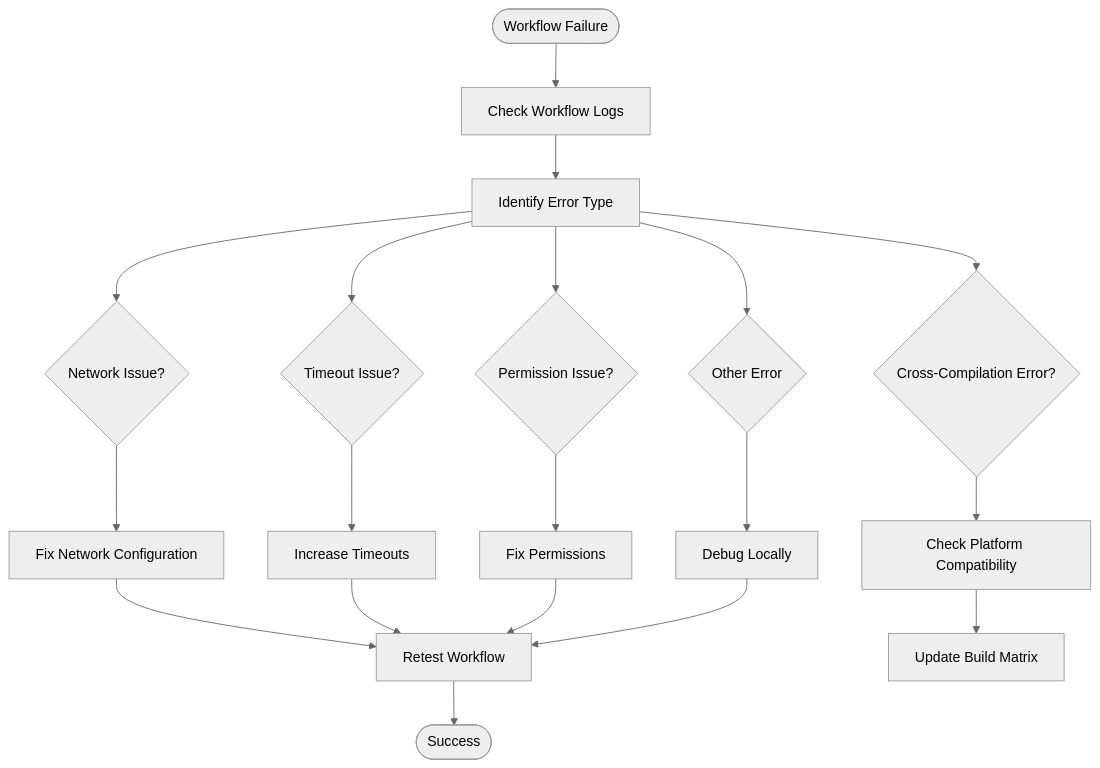
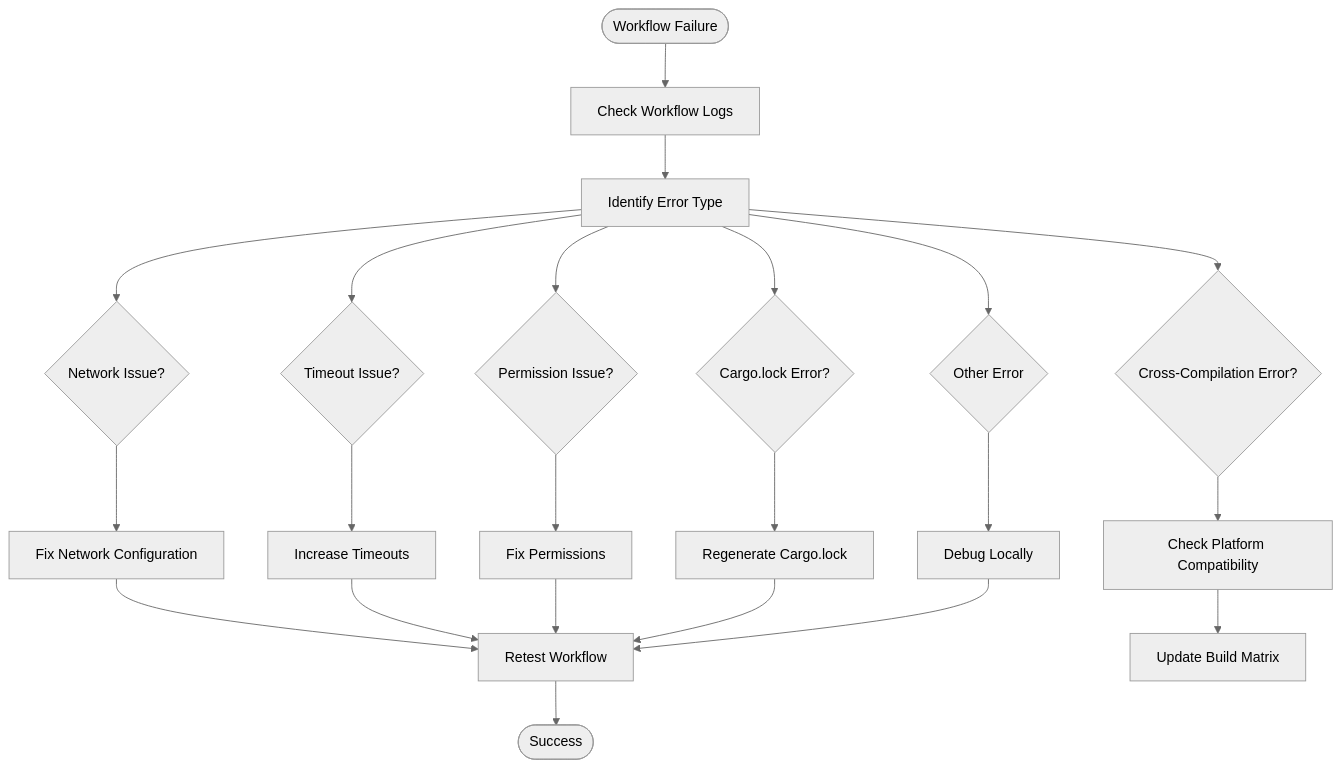
The sixth of 7 diagrams in .qoder/repowiki/en/content/CI_CD Integration.md (numan-cli/numan-plugins), drawn with Mermaid (neutral theme) before and after one commit. The commit also changed other lines of this file and 17 other files, not shown here.

````diff
--- a/.qoder/repowiki/en/content/CI_CD Integration.md
+++ b/.qoder/repowiki/en/content/CI_CD Integration.md
@@ -335,21 +355,24 @@
 ```mermaid
 flowchart TD
 Failure([Workflow Failure]) --> CheckLogs["Check Workflow Logs"]
 CheckLogs --> IdentifyError["Identify Error Type"]
 IdentifyError --> NetworkError{"Network Issue?"}
 IdentifyError --> TimeoutError{"Timeout Issue?"}
 IdentifyError --> PermissionError{"Permission Issue?"}
 IdentifyError --> CrossCompError{"Cross-Compilation Error?"}
+IdentifyError --> CargoError{"Cargo.lock Error?"}
 IdentifyError --> OtherError{"Other Error"}
 NetworkError --> FixNetwork["Fix Network Configuration"]
 TimeoutError --> IncreaseTimeout["Increase Timeouts"]
 PermissionError --> FixPermissions["Fix Permissions"]
 CrossCompError --> CheckPlatform["Check Platform Compatibility"]
+CargoError --> RegenerateLock["Regenerate Cargo.lock"]
 OtherError --> DebugLocally["Debug Locally"]
 FixNetwork --> Retest["Retest Workflow"]
 IncreaseTimeout --> Retest
 FixPermissions --> Retest
 CheckPlatform --> UpdateMatrix["Update Build Matrix"]
+RegenerateLock --> Retest
 DebugLocally --> Retest
 Retest --> Success([Success])
 ```
````
